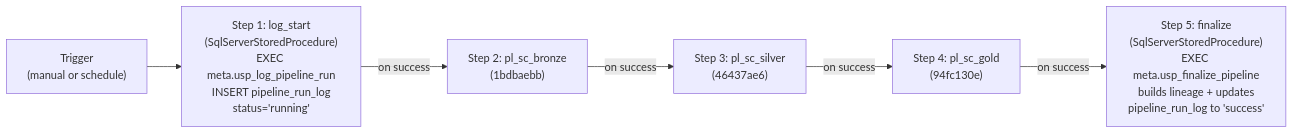
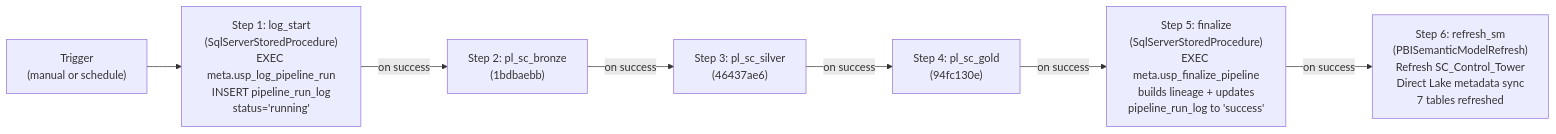
One commit to ankinguyen-engineer-2002/Fabric-v9-Warehouse-Medallion changed the first of 11 diagrams in v9_pipeline_supplychain.md. Above: the diagram before and after it, drawn with Mermaid. The commit also changed other lines of this file and 6 other files, not shown here.

First line of the commit message:
Add Semantic Model to architecture + update all 7 docs

````diff
--- a/v9_pipeline_supplychain.md
+++ b/v9_pipeline_supplychain.md
@@ -13,11 +13,12 @@
 ```mermaid
 flowchart LR
     T["Trigger\n(manual or schedule)"]
     LS["Step 1: log_start\n(SqlServerStoredProcedure)\nEXEC meta.usp_log_pipeline_run\nINSERT pipeline_run_log\nstatus='running'"]
     B["Step 2: pl_sc_bronze\n(1bdbaebb)"]
     S["Step 3: pl_sc_silver\n(46437ae6)"]
     G["Step 4: pl_sc_gold\n(94fc130e)"]
     FN["Step 5: finalize\n(SqlServerStoredProcedure)\nEXEC meta.usp_finalize_pipeline\nbuilds lineage + updates\npipeline_run_log to 'success'"]
+    SM["Step 6: refresh_sm\n(PBISemanticModelRefresh)\nRefresh SC_Control_Tower\nDirect Lake metadata sync\n7 tables refreshed"]
 
-    T --> LS -->|"on success"| B -->|"on success"| S -->|"on success"| G -->|"on success"| FN
+    T --> LS -->|"on success"| B -->|"on success"| S -->|"on success"| G -->|"on success"| FN -->|"on success"| SM
 ```
````
